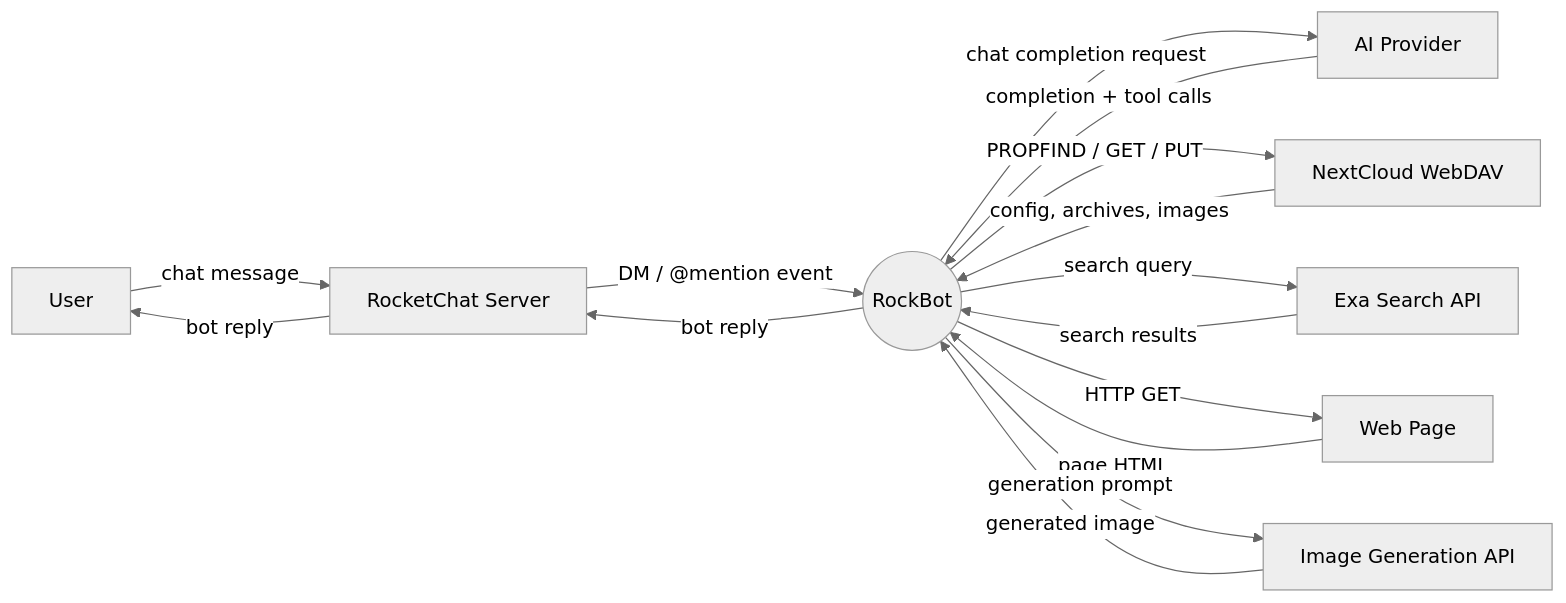
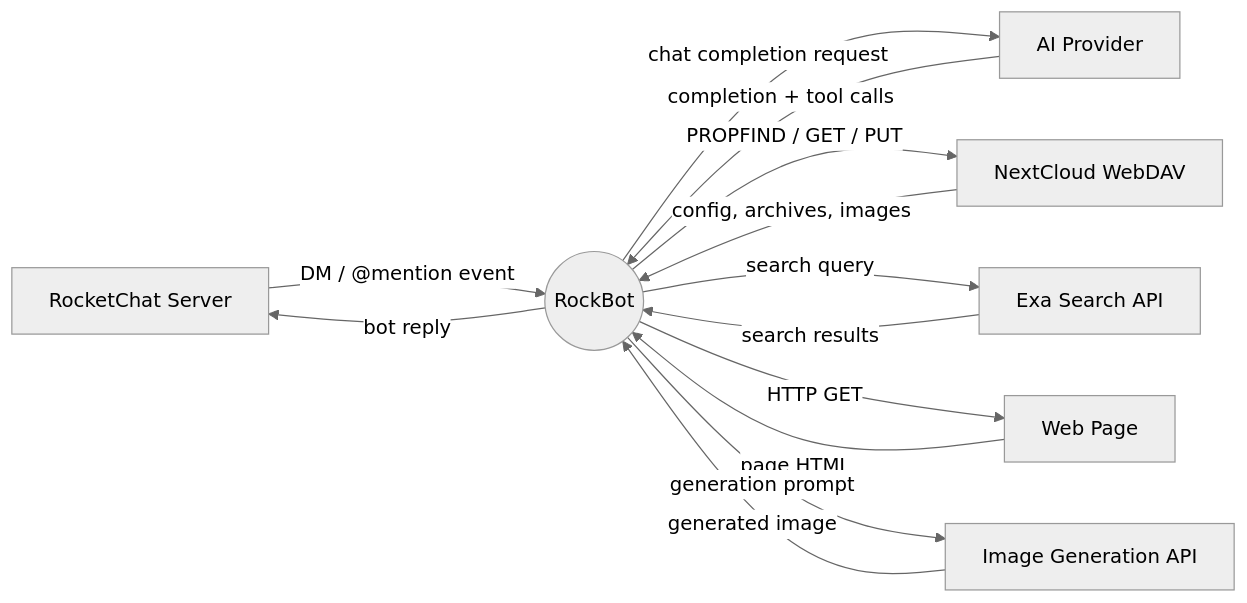
Before and after one commit to cosmoswafer/rockbot: the diagram in _dfds/context-diagram.md, drawn with Mermaid (neutral theme). The commit also changed 2 other files, not shown here.

Commit message:
refactor(dfd): align diagrams with Python implementation

````diff
--- a/_dfds/context-diagram.md
+++ b/_dfds/context-diagram.md
@@ -13,31 +13,28 @@
 ```mermaid
 flowchart LR
-    User[User]
     RC[RocketChat Server]
     AI[AI Provider]
     NC[NextCloud WebDAV]
     Exa[Exa Search API]
     Web[Web Page]
     ImgGen[Image Generation API]
     Bot(("RockBot"))
 
-    User -->|"chat message"| RC
     RC -->|"DM / @mention event"| Bot
     Bot -->|"bot reply"| RC
-    RC -->|"bot reply"| User
 
     Bot -->|"chat completion request"| AI
     AI -->|"completion + tool calls"| Bot
 
     Bot -->|"PROPFIND / GET / PUT"| NC
     NC -->|"config, archives, images"| Bot
 
     Bot -->|"search query"| Exa
     Exa -->|"search results"| Bot
 
     Bot -->|"HTTP GET"| Web
     Web -->|"page HTML"| Bot
 
     Bot -->|"generation prompt"| ImgGen
     ImgGen -->|"generated image"| Bot
 ```
````
